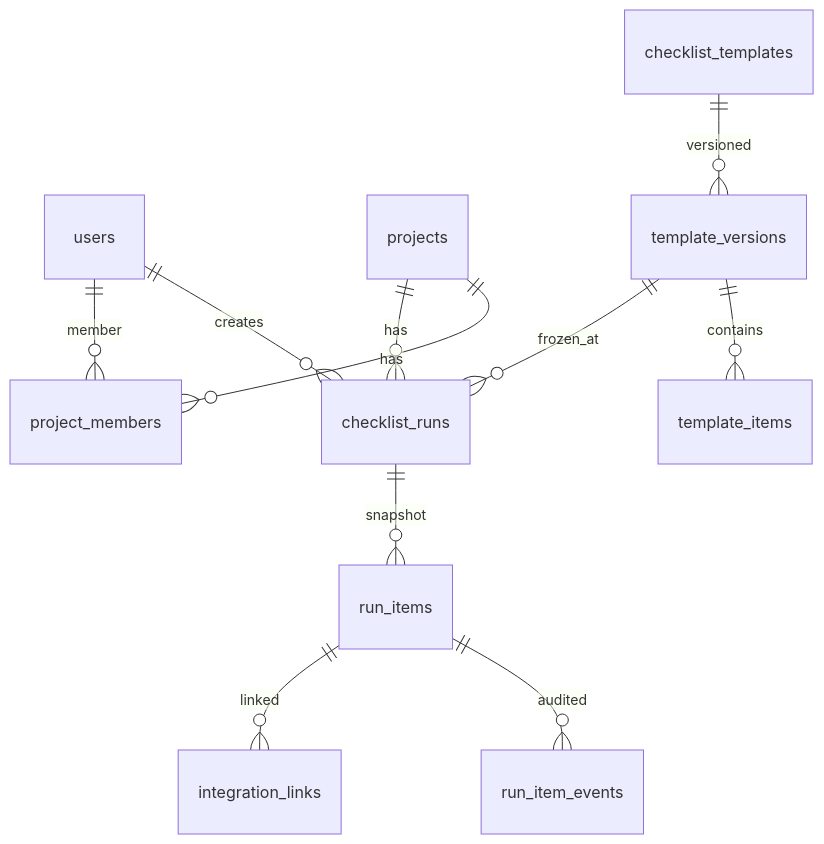
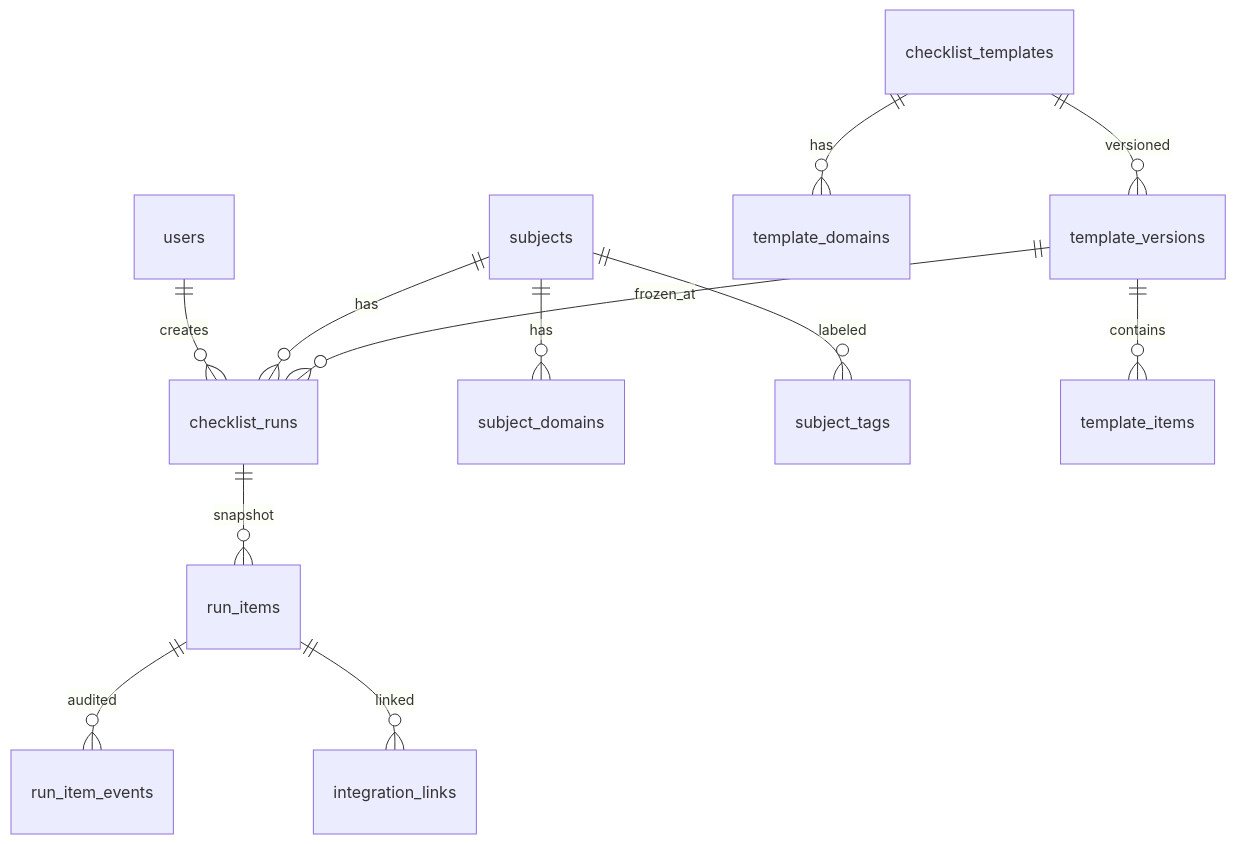
Before and after one commit to jeb-maker/revues: the diagram in docs/PLAN.md, drawn with Mermaid. The commit also changed other lines of this file and 155 other files, not shown here.

````diff
--- a/docs/PLAN.md
+++ b/docs/PLAN.md
@@ -74,13 +74,14 @@
 ```mermaid
 erDiagram
     users ||--o{ checklist_runs : creates
-    projects ||--o{ project_members : has
-    users ||--o{ project_members : member
-    projects ||--o{ checklist_runs : has
+    subjects ||--o{ checklist_runs : has
+    subjects ||--o{ subject_domains : has
+    subjects ||--o{ subject_tags : labeled
+    checklist_templates ||--o{ template_domains : has
     checklist_templates ||--o{ template_versions : versioned
     template_versions ||--o{ template_items : contains
     template_versions ||--o{ checklist_runs : frozen_at
     checklist_runs ||--o{ run_items : snapshot
     run_items ||--o{ run_item_events : audited
     run_items ||--o{ integration_links : linked
 ```
````
